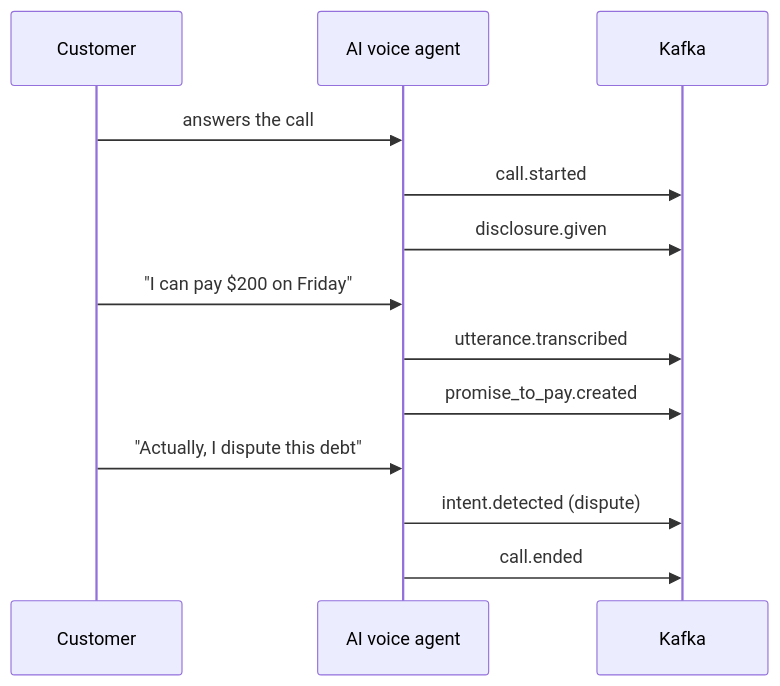
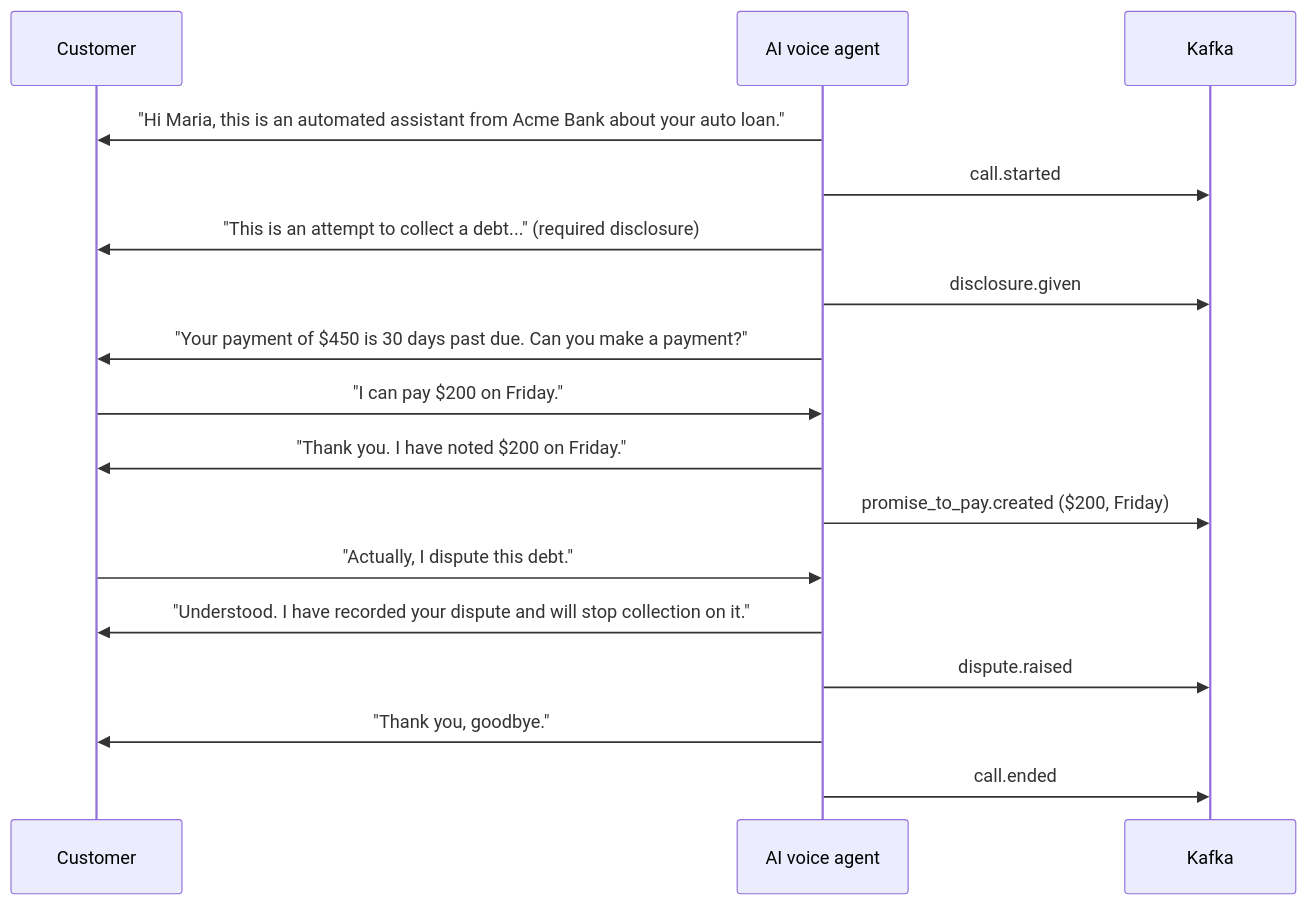
The second of 5 diagrams in docs/problem-statement.md (eresh-thekbr/multi-tenant-streaming), drawn with Mermaid before and after one commit. The commit also changed other lines of this file, not shown here.

Commit message:
Simplify problem diagrams and show agent replies in call example

````diff
--- a/docs/problem-statement.md
+++ b/docs/problem-statement.md
@@ -74,15 +77,19 @@
 ```mermaid
 sequenceDiagram
     participant C as Customer
     participant V as AI voice agent
     participant K as Kafka
-    C->>V: answers the call
+    V->>C: "Hi Maria, this is an automated assistant from Acme Bank about your auto loan."
     V->>K: call.started
+    V->>C: "This is an attempt to collect a debt..." (required disclosure)
     V->>K: disclosure.given
-    C->>V: "I can pay $200 on Friday"
-    V->>K: utterance.transcribed
-    V->>K: promise_to_pay.created
-    C->>V: "Actually, I dispute this debt"
-    V->>K: intent.detected (dispute)
+    V->>C: "Your payment of $450 is 30 days past due. Can you make a payment?"
+    C->>V: "I can pay $200 on Friday."
+    V->>C: "Thank you. I have noted $200 on Friday."
+    V->>K: promise_to_pay.created ($200, Friday)
+    C->>V: "Actually, I dispute this debt."
+    V->>C: "Understood. I have recorded your dispute and will stop collection on it."
+    V->>K: dispute.raised
+    V->>C: "Thank you, goodbye."
     V->>K: call.ended
 ```
````
